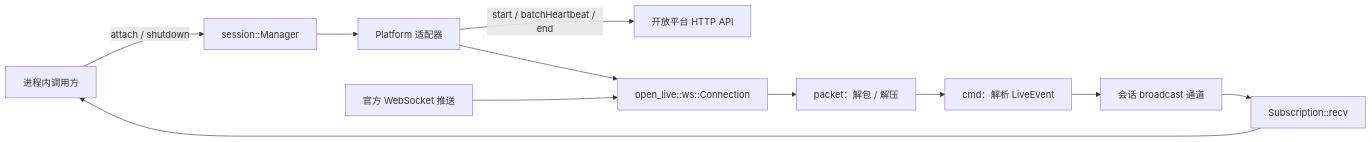
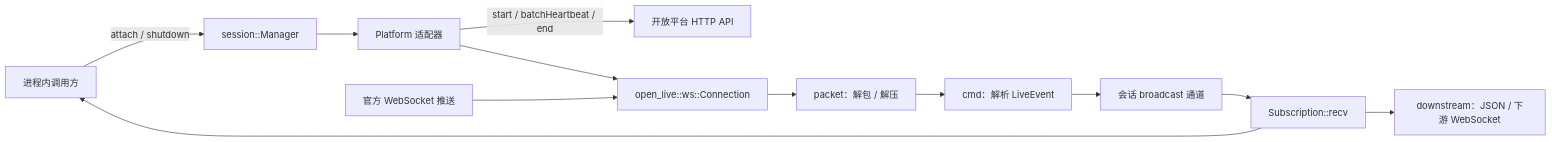
One commit to m42vin/bilibili-live-bridge changed the diagram in docs/architecture.md. Above: the diagram before and after it, drawn with Mermaid. The commit also changed other lines of this file and 15 other files, not shown here.

Commit message:
feat(server): 提供下游 WebSocket 事件订阅服务

````diff
--- a/docs/architecture.md
+++ b/docs/architecture.md
@@ -22,13 +24,14 @@
 ```mermaid
 flowchart LR
     Caller["进程内调用方"] -->|"attach / shutdown"| Manager["session::Manager"]
     Manager --> Platform["Platform 适配器"]
     Platform -->|"start / batchHeartbeat / end"| API["开放平台 HTTP API"]
     Platform --> Connection["open_live::ws::Connection"]
     Upstream["官方 WebSocket 推送"] --> Connection
     Connection --> Packet["packet：解包 / 解压"]
     Packet --> Command["cmd：解析 LiveEvent"]
     Command --> Broadcast["会话 broadcast 通道"]
     Broadcast --> Subscription["Subscription::recv"]
     Subscription --> Caller
+    Subscription --> Downstream["downstream：JSON / 下游 WebSocket"]
 ```
````
